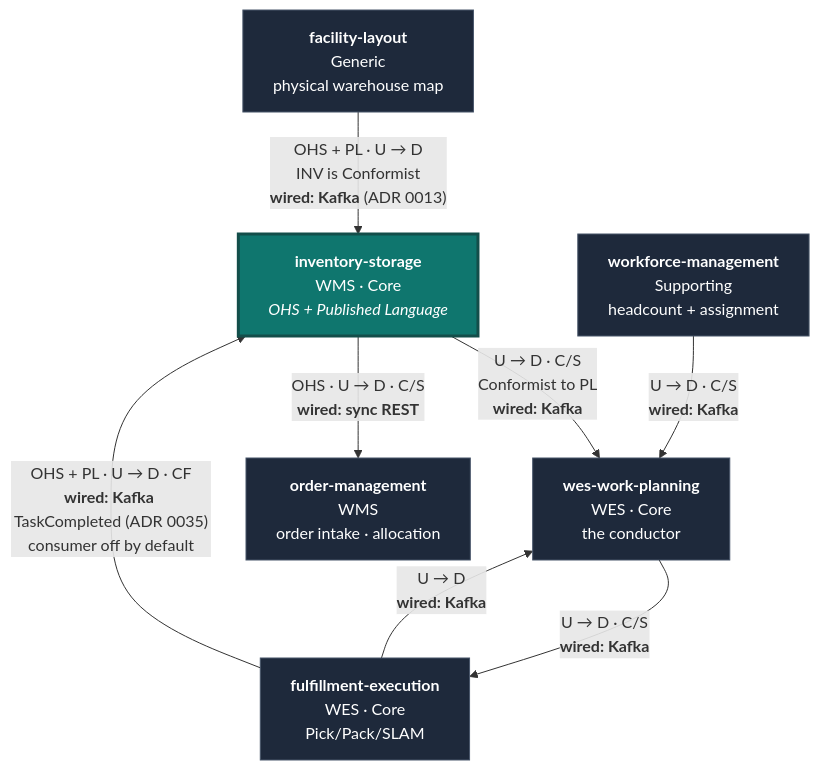
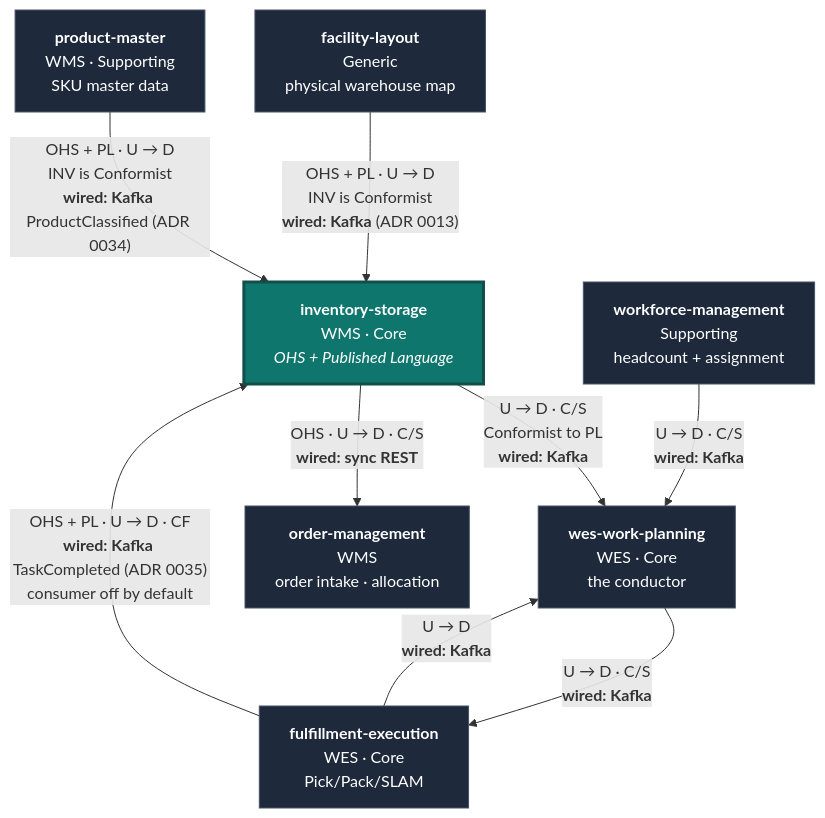
One commit to IQVO/inventory-storage changed the diagram in docs/docs/ddd/context-relationships.md. Above: the diagram before and after it, drawn with Mermaid. The commit also changed other lines of this file and 6 other files, not shown here.

Commit message:
docs(ddd): product-master owns classification; legacy ProductClassified is backfill-only (ADR 0034)

````diff
--- a/docs/docs/ddd/context-relationships.md
+++ b/docs/docs/ddd/context-relationships.md
@@ -52,23 +52,25 @@
 ```mermaid
 flowchart TB
     INV["<b>inventory-storage</b><br/>WMS · Core<br/><i>OHS + Published Language</i>"]
     WP["<b>wes-work-planning</b><br/>WES · Core<br/>the conductor"]
     FE["<b>fulfillment-execution</b><br/>WES · Core<br/>Pick/Pack/SLAM"]
     WM["<b>workforce-management</b><br/>Supporting<br/>headcount + assignment"]
     FL["<b>facility-layout</b><br/>Generic<br/>physical warehouse map"]
     OM["<b>order-management</b><br/>WMS<br/>order intake · allocation"]
+    PM["<b>product-master</b><br/>WMS · Supporting<br/>SKU master data"]
 
     INV -->|"U → D · C/S<br/>Conformist to PL<br/><b>wired: Kafka</b>"| WP
     WM -->|"U → D · C/S<br/><b>wired: Kafka</b>"| WP
     WP -->|"U → D · C/S<br/><b>wired: Kafka</b>"| FE
     FE -->|"U → D<br/><b>wired: Kafka</b>"| WP
     FL -->|"OHS + PL · U → D<br/>INV is Conformist<br/><b>wired: Kafka</b> (ADR 0013)"| INV
+    PM -->|"OHS + PL · U → D<br/>INV is Conformist<br/><b>wired: Kafka</b> ProductClassified (ADR 0034)"| INV
     INV -->|"OHS · U → D · C/S<br/><b>wired: sync REST</b>"| OM
     FE -->|"OHS + PL · U → D · CF<br/><b>wired: Kafka</b> TaskCompleted (ADR 0035)<br/>consumer off by default"| INV
 
     classDef this fill:#0f766e,stroke:#134e4a,color:#fff,stroke-width:3px;
     classDef other fill:#1e293b,stroke:#475569,color:#fff;
     classDef future fill:#475569,stroke:#94a3b8,color:#e2e8f0,stroke-dasharray: 5 5;
     class INV this;
-    class WP,FE,WM,OM,FL other;
+    class WP,FE,WM,OM,FL,PM other;
 ```
````
